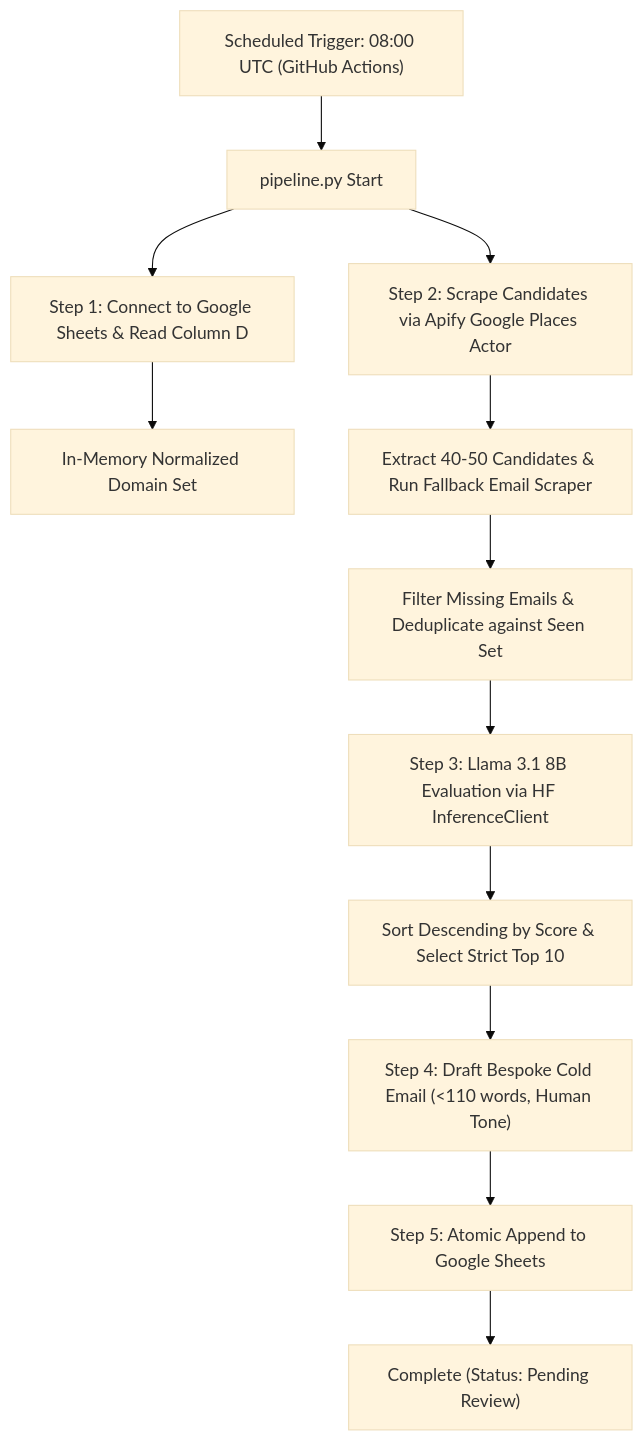
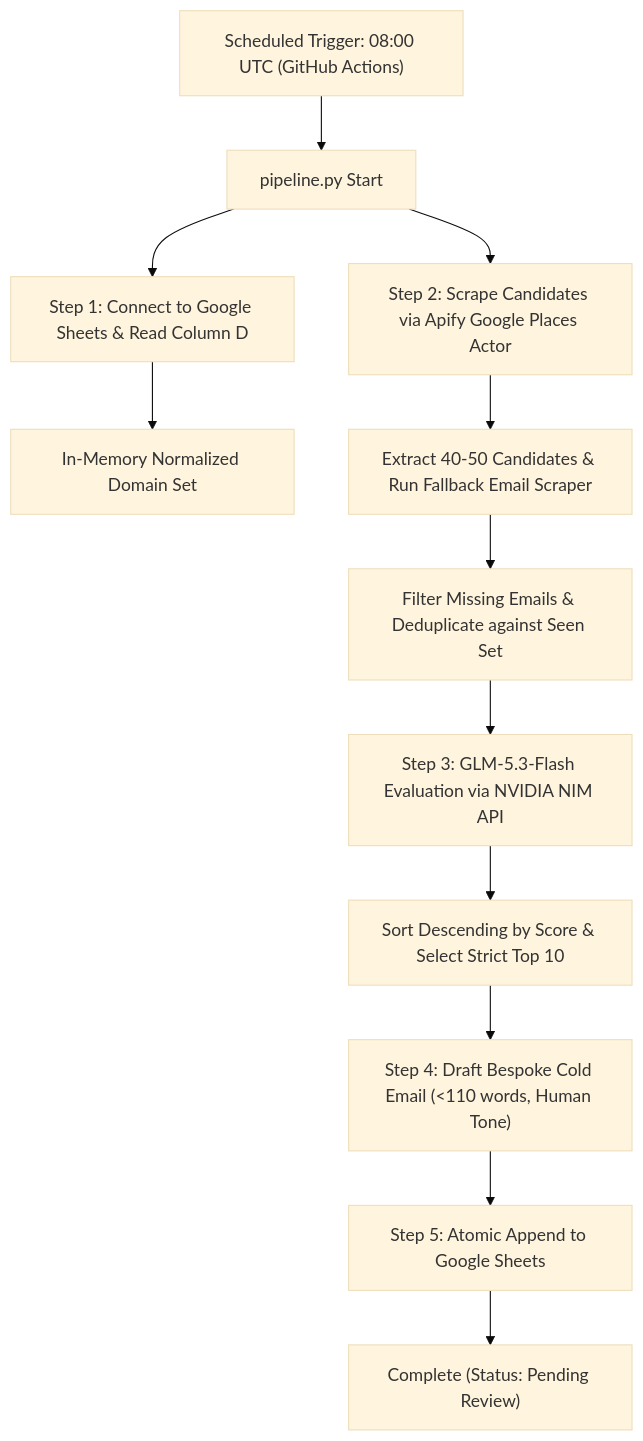
One commit to ankurnit112-coder/lead changed the diagram in README.md. Above: the diagram before and after it, drawn with Mermaid (base theme). The commit also changed other lines of this file and 3 other files, not shown here.

Commit message:
feat: migrate LLM inference provider to NVIDIA NIM GLM-5.3-Flash

````diff
--- a/README.md
+++ b/README.md
@@ -16,14 +16,14 @@
 ```mermaid
 flowchart TD
     A["Scheduled Trigger: 08:00 UTC (GitHub Actions)"] --> B["pipeline.py Start"]
     B --> C["Step 1: Connect to Google Sheets & Read Column D"]
     C --> D["In-Memory Normalized Domain Set"]
     B --> E["Step 2: Scrape Candidates via Apify Google Places Actor"]
     E --> F["Extract 40-50 Candidates & Run Fallback Email Scraper"]
     F --> G["Filter Missing Emails & Deduplicate against Seen Set"]
-    G --> H["Step 3: Llama 3.1 8B Evaluation via HF InferenceClient"]
+    G --> H["Step 3: GLM-5.3-Flash Evaluation via NVIDIA NIM API"]
     H --> I["Sort Descending by Score & Select Strict Top 10"]
     I --> J["Step 4: Draft Bespoke Cold Email (<110 words, Human Tone)"]
     J --> K["Step 5: Atomic Append to Google Sheets"]
     K --> L["Complete (Status: Pending Review)"]
 ```
````
